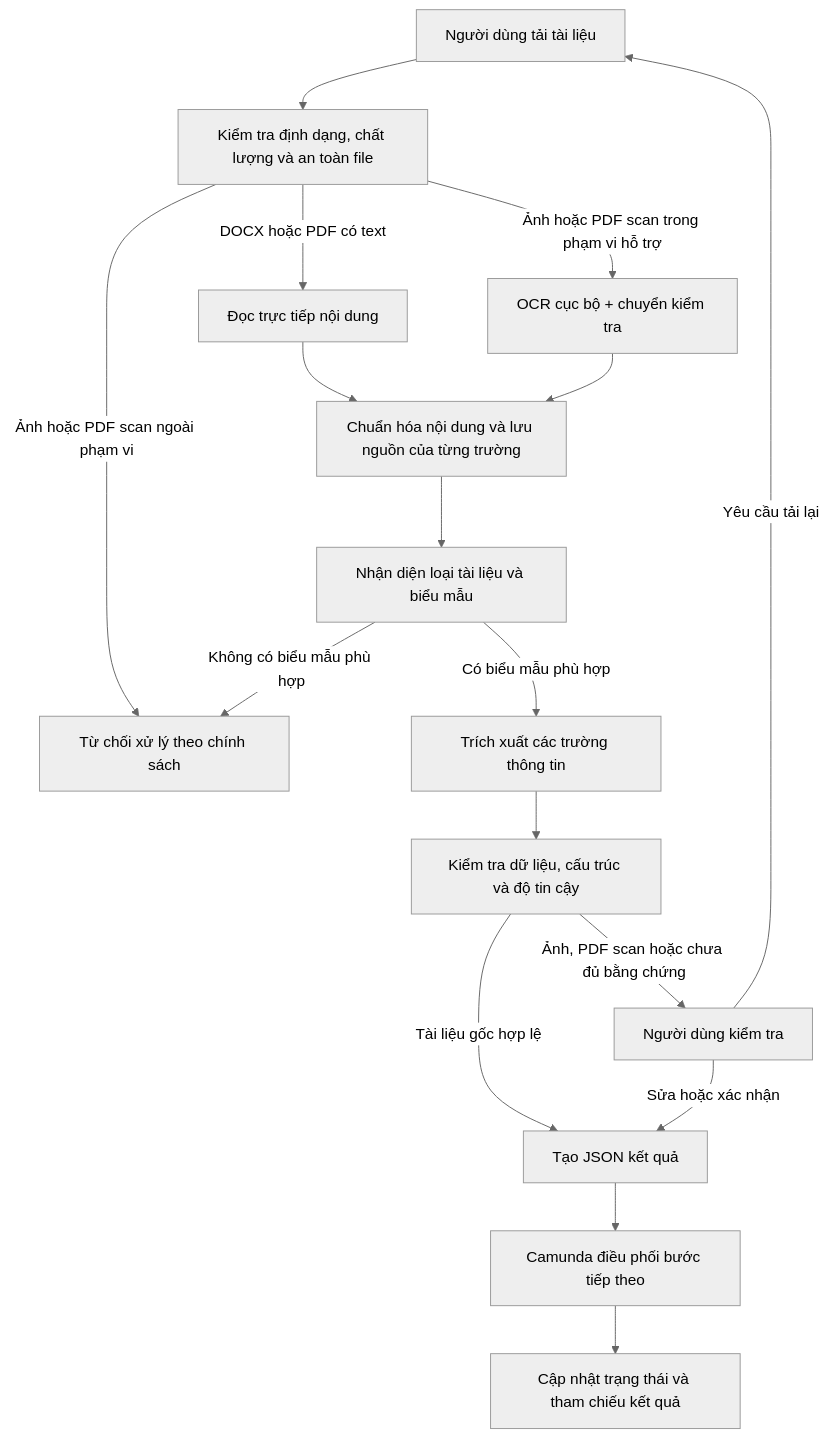
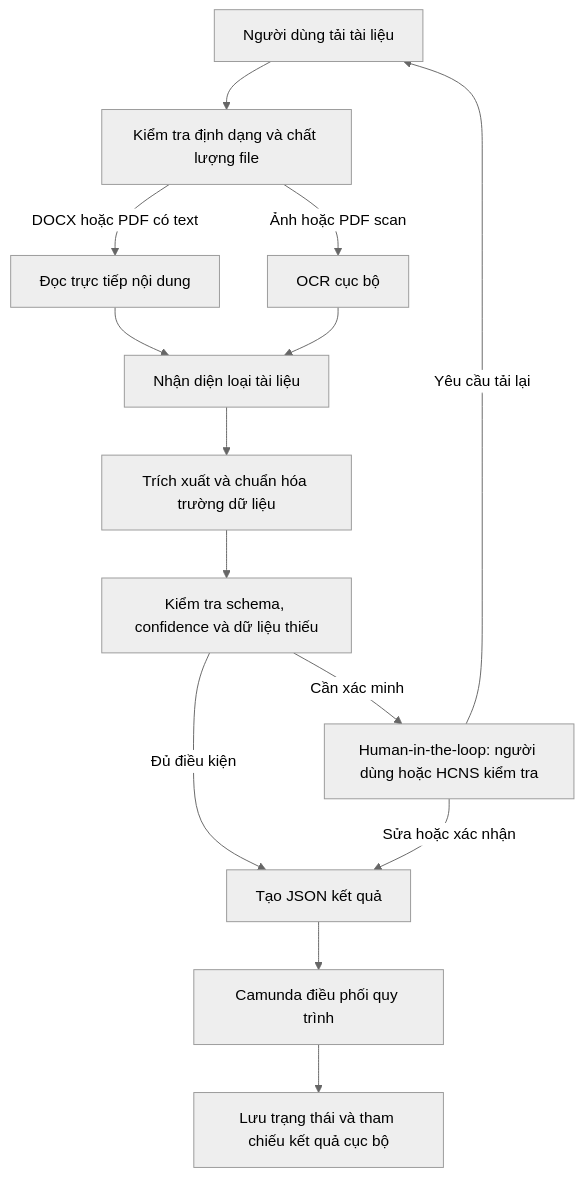
Before and after one commit to tandung060604-prog/hcns-automation-agent: the diagram in README.md, drawn with Mermaid (neutral theme). The commit also changed other lines of this file and 37 other files, not shown here.

````diff
--- a/README.md
+++ b/README.md
@@ -36,19 +14,16 @@
 ```mermaid
 flowchart TD
-    A["Người dùng tải tài liệu"] --> B["Kiểm tra định dạng, chất lượng và an toàn file"]
+    A["Người dùng tải tài liệu"] --> B["Kiểm tra định dạng và chất lượng file"]
     B -->|"DOCX hoặc PDF có text"| C["Đọc trực tiếp nội dung"]
-    B -->|"Ảnh hoặc PDF scan trong phạm vi hỗ trợ"| D["OCR cục bộ + chuyển kiểm tra"]
-    B -->|"Ảnh hoặc PDF scan ngoài phạm vi"| X["Từ chối xử lý theo chính sách"]
-    C --> E["Chuẩn hóa nội dung và lưu nguồn của từng trường"]
+    B -->|"Ảnh hoặc PDF scan"| D["OCR cục bộ"]
+    C --> E["Nhận diện loại tài liệu"]
     D --> E
-    E --> F["Nhận diện loại tài liệu và biểu mẫu"]
-    F -->|"Không có biểu mẫu phù hợp"| X
-    F -->|"Có biểu mẫu phù hợp"| G["Trích xuất các trường thông tin"]
-    G --> H["Kiểm tra dữ liệu, cấu trúc và độ tin cậy"]
-    H -->|"Tài liệu gốc hợp lệ"| I["Tạo JSON kết quả"]
-    H -->|"Ảnh, PDF scan hoặc chưa đủ bằng chứng"| J["Người dùng kiểm tra"]
-    J -->|"Sửa hoặc xác nhận"| I
-    J -->|"Yêu cầu tải lại"| A
-    I --> K["Camunda điều phối bước tiếp theo"]
-    K --> L["Cập nhật trạng thái và tham chiếu kết quả"]
+    E --> F["Trích xuất và chuẩn hóa trường dữ liệu"]
+    F --> G["Kiểm tra schema, confidence và dữ liệu thiếu"]
+    G -->|"Đủ điều kiện"| H["Tạo JSON kết quả"]
+    G -->|"Cần xác minh"| I["Human-in-the-loop: người dùng hoặc HCNS kiểm tra"]
+    I -->|"Sửa hoặc xác nhận"| H
+    I -->|"Yêu cầu tải lại"| A
+    H --> J["Camunda điều phối quy trình"]
+    J --> K["Lưu trạng thái và tham chiếu kết quả cục bộ"]
 ```
````
